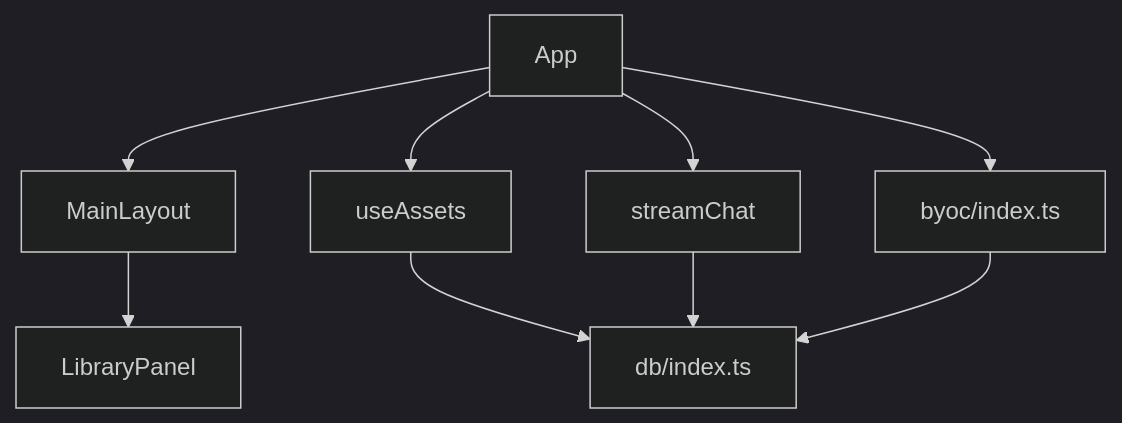
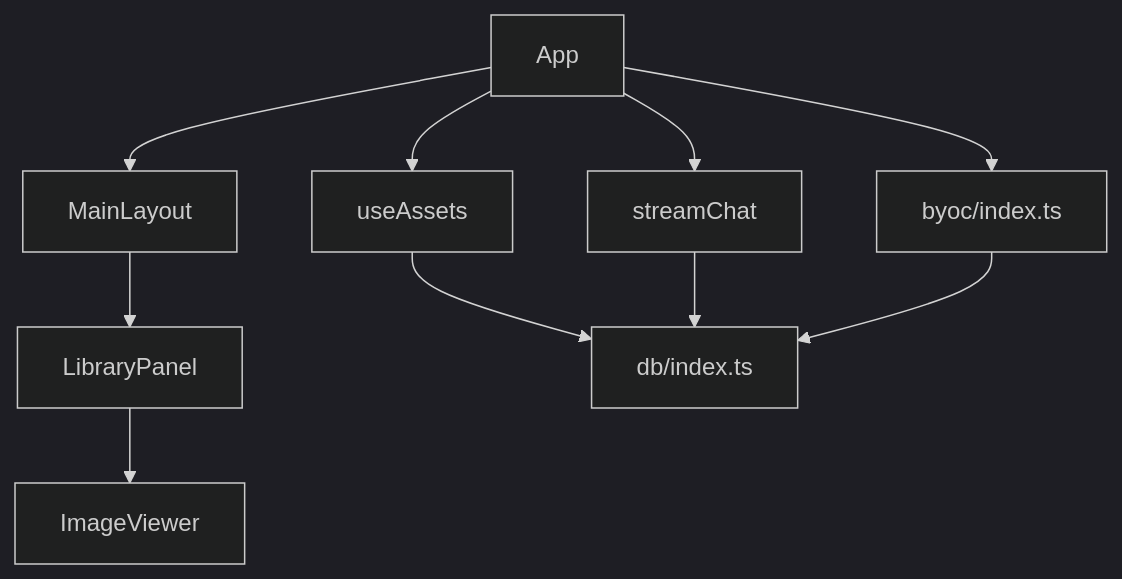
Diagram 12 of 12 in .qoder/repowiki/zh/content/架构设计/组件架构设计/功能面板组件/资产库管理系统.md (billye220670/AIShop), drawn with Mermaid (dark theme) before and after one commit. The commit also changed other lines of this file and 40 other files, not shown here.

````diff
--- a/.qoder/repowiki/zh/content/架构设计/组件架构设计/功能面板组件/资产库管理系统.md
+++ b/.qoder/repowiki/zh/content/架构设计/组件架构设计/功能面板组件/资产库管理系统.md
@@ -380,11 +430,12 @@
 ```mermaid
 graph TB
 App["App"] --> Layout["MainLayout"]
 App --> Assets["useAssets"]
 App --> API["streamChat"]
 App --> BYOC["byoc/index.ts"]
 Layout --> Library["LibraryPanel"]
+Library --> Viewer["ImageViewer"]
 Assets --> DB["db/index.ts"]
 API --> DB
 BYOC --> DB
 ```
````
